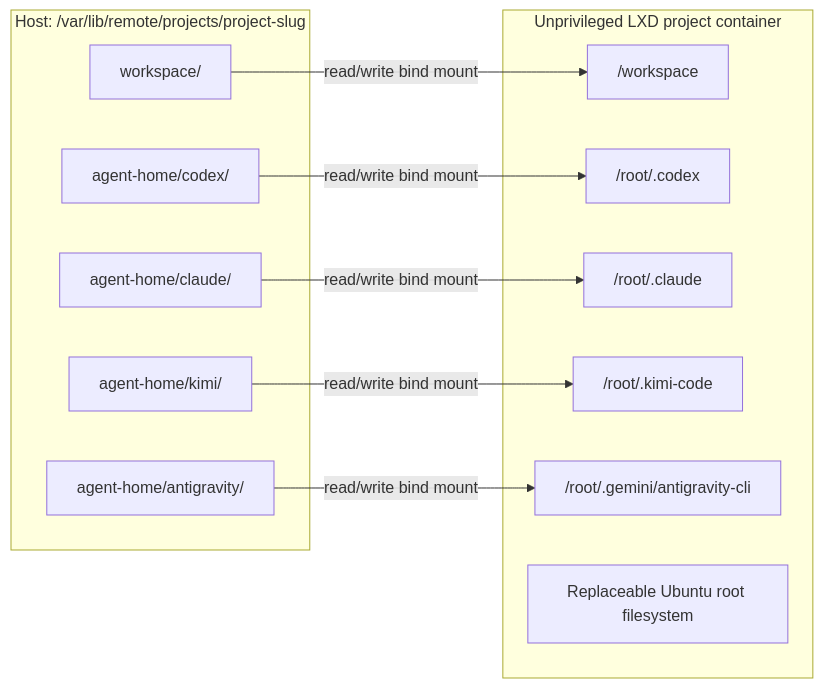
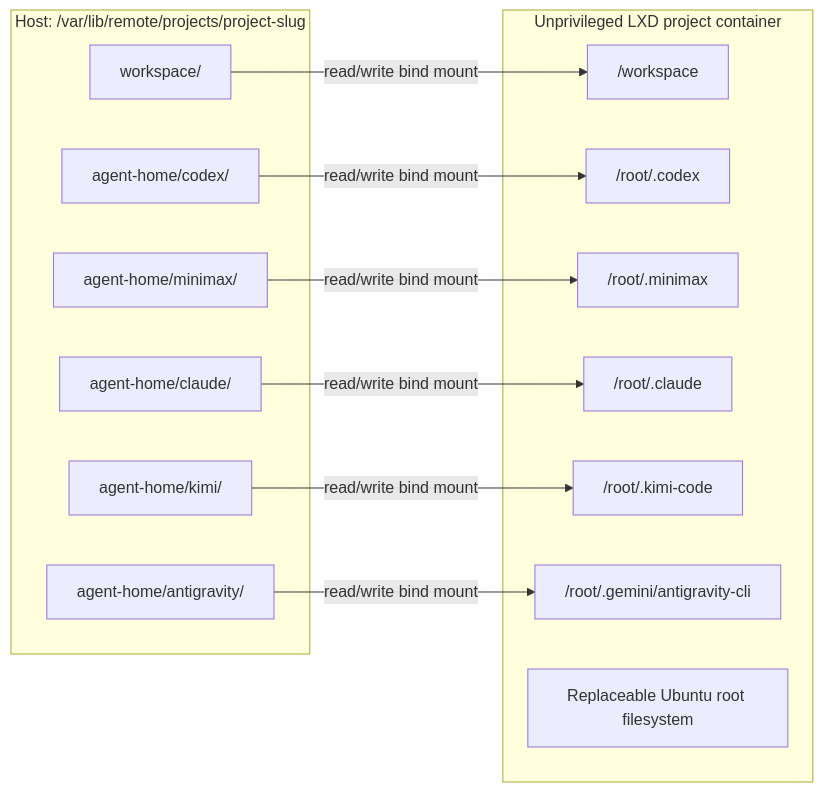
Before and after one commit to AbdallahMohamedDotnet/remote.futrx: the fourth of 8 diagrams in docs/01-overview/00-philosophy.md, drawn with Mermaid. The commit also changed other lines of this file and 45 other files, not shown here.

````diff
--- a/docs/01-overview/00-philosophy.md
+++ b/docs/01-overview/00-philosophy.md
@@ -176,25 +176,28 @@
 ```mermaid
 flowchart LR
     subgraph Host["Host: /var/lib/remote/projects/project-slug"]
         WorkspaceHost["workspace/"]
         CodexHost["agent-home/codex/"]
+        MiniMaxHost["agent-home/minimax/"]
         ClaudeHost["agent-home/claude/"]
         KimiHost["agent-home/kimi/"]
         AntigravityHost["agent-home/antigravity/"]
     end
 
     subgraph Container["Unprivileged LXD project container"]
         Workspace["/workspace"]
         Codex["/root/.codex"]
+        MiniMax["/root/.minimax"]
         Claude["/root/.claude"]
         Kimi["/root/.kimi-code"]
         Antigravity["/root/.gemini/antigravity-cli"]
         RootFS["Replaceable Ubuntu root filesystem"]
     end
 
     WorkspaceHost -->|"read/write bind mount"| Workspace
     CodexHost -->|"read/write bind mount"| Codex
+    MiniMaxHost -->|"read/write bind mount"| MiniMax
     ClaudeHost -->|"read/write bind mount"| Claude
     KimiHost -->|"read/write bind mount"| Kimi
     AntigravityHost -->|"read/write bind mount"| Antigravity
 ```
````
